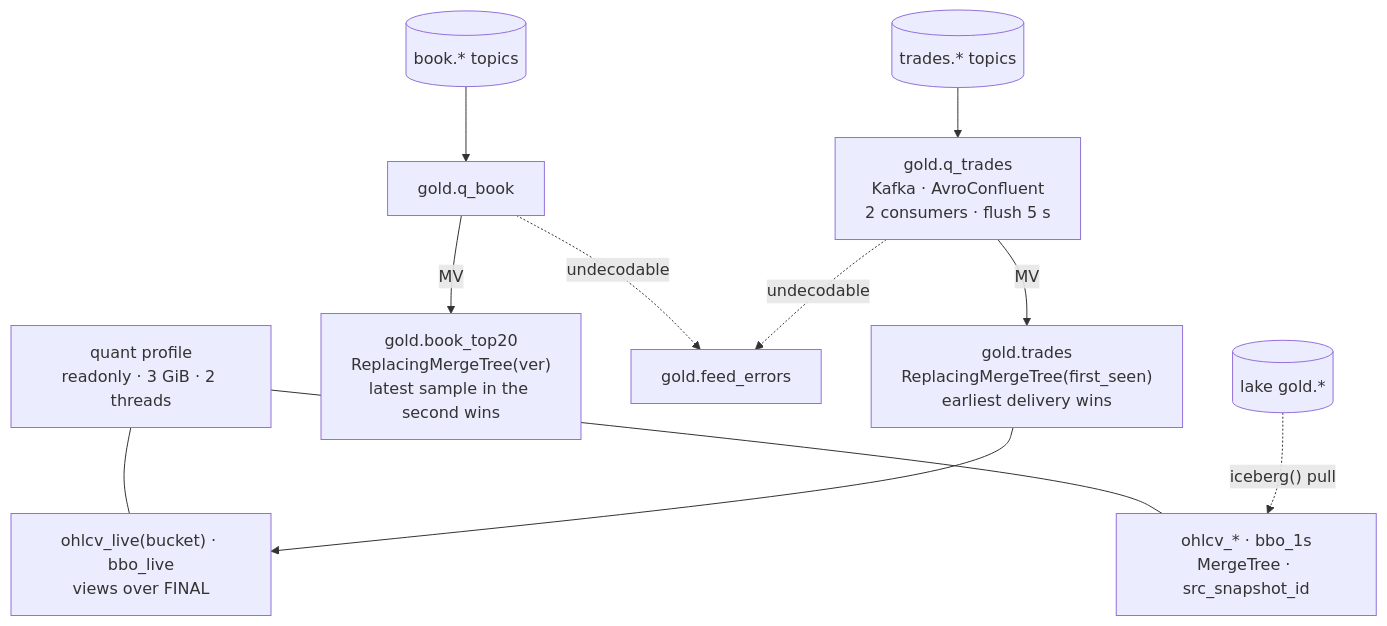
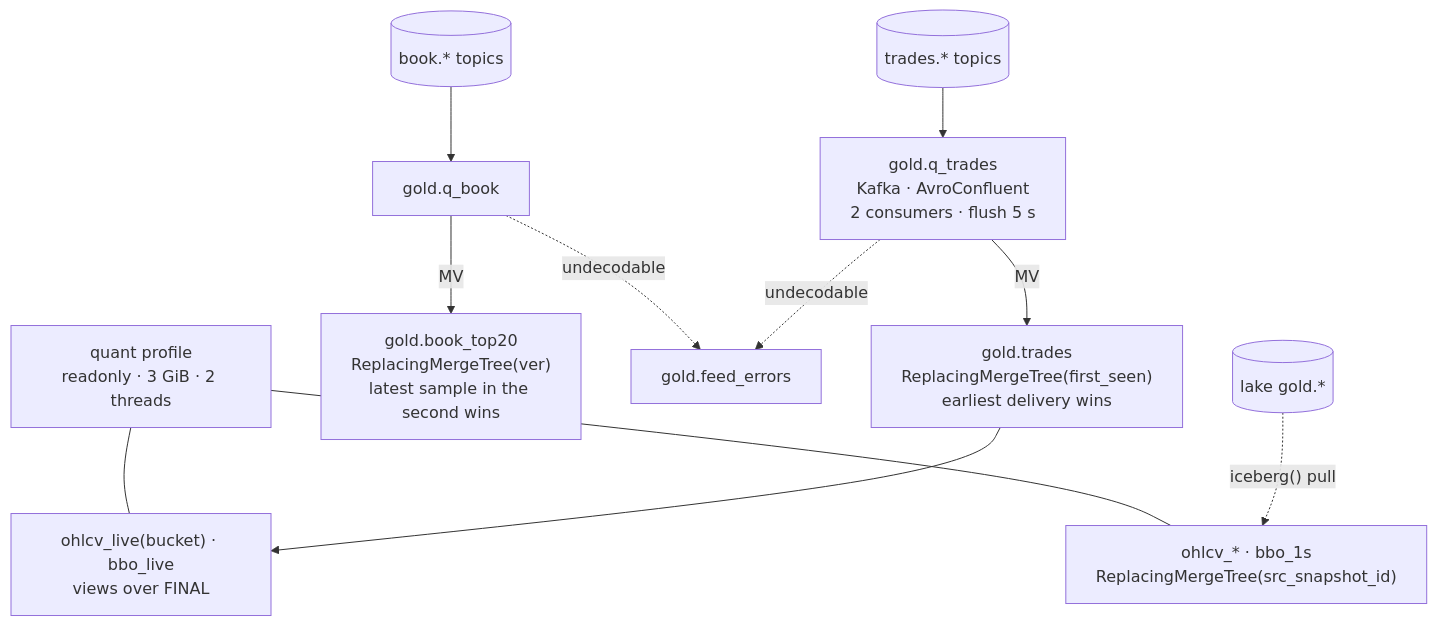
One commit to rjdscott/k2-market-data-platform changed the diagram in docs/architecture/10-clickhouse-gold.md. Above: the diagram before and after it, drawn with Mermaid. The commit also changed other lines of this file and 3 other files, not shown here.

Commit message:
docs(architecture): review fixes for chapters 10 to 13 (stale Phase D/E statements, Grafana datasource claim, metrics.py mechanism)

````diff
--- a/docs/architecture/10-clickhouse-gold.md
+++ b/docs/architecture/10-clickhouse-gold.md
@@ -49,11 +49,11 @@
 ```mermaid
 flowchart TB
   T[("trades.* topics")] --> QT["gold.q_trades<br/>Kafka · AvroConfluent<br/>2 consumers · flush 5 s"]
   B[("book.* topics")] --> QB["gold.q_book"]
   QT -->|MV| TR["gold.trades<br/>ReplacingMergeTree(first_seen)<br/>earliest delivery wins"]
   QB -->|MV| BK["gold.book_top20<br/>ReplacingMergeTree(ver)<br/>latest sample in the second wins"]
   QT & QB -.->|"undecodable"| FE["gold.feed_errors"]
   TR --> LV["ohlcv_live(bucket) · bbo_live<br/>views over FINAL"]
-  LK[("lake gold.*")] -.->|"iceberg() pull"| PR["ohlcv_* · bbo_1s<br/>MergeTree · src_snapshot_id"]
+  LK[("lake gold.*")] -.->|"iceberg() pull"| PR["ohlcv_* · bbo_1s<br/>ReplacingMergeTree(src_snapshot_id)"]
   U["quant profile<br/>readonly · 3 GiB · 2 threads"] --- LV & PR
 ```
````
